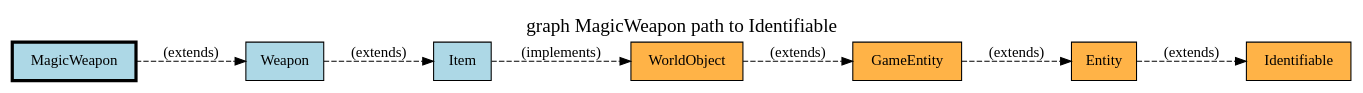
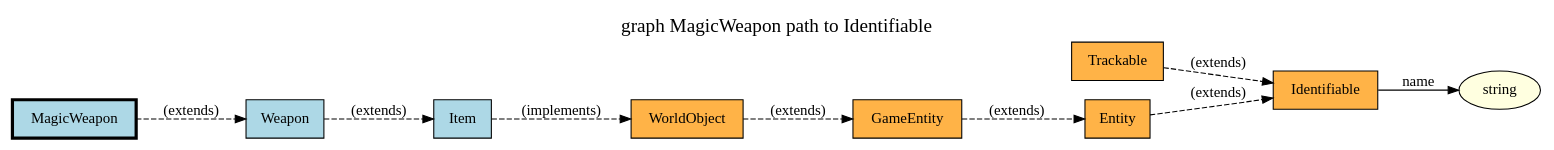
Before and after one commit to curious-machines/typed_tables: the diagram in scratch/graphs/examples/05-mw-to-identifiable.dot, drawn with Graphviz. The commit also changed 79 other files, not shown here.

First line of the commit message:
Fix graph implements edges and path-to target expansion

```diff
--- a/scratch/graphs/examples/05-mw-to-identifiable.dot
+++ b/scratch/graphs/examples/05-mw-to-identifiable.dot
@@ -1,22 +1,26 @@
 digraph types {
     rankdir=LR;
     node [style=filled];
     label="graph MagicWeapon path to Identifiable";
     labelloc=t;
     fontsize=18;
 
     "Entity" [shape=box, fillcolor="#FFB347"];
     "GameEntity" [shape=box, fillcolor="#FFB347"];
     "Identifiable" [shape=box, fillcolor="#FFB347"];
     "Item" [shape=box, fillcolor="#ADD8E6"];
     "MagicWeapon" [shape=box, fillcolor="#ADD8E6", penwidth=3];
+    "Trackable" [shape=box, fillcolor="#FFB347"];
     "Weapon" [shape=box, fillcolor="#ADD8E6"];
     "WorldObject" [shape=box, fillcolor="#FFB347"];
+    "string" [shape=ellipse, fillcolor="#FFFFE0"];
 
     "MagicWeapon" -> "Weapon" [label="(extends)", style=dashed];
     "Weapon" -> "Item" [label="(extends)", style=dashed];
     "Item" -> "WorldObject" [label="(implements)", style=dashed];
     "WorldObject" -> "GameEntity" [label="(extends)", style=dashed];
     "GameEntity" -> "Entity" [label="(extends)", style=dashed];
     "Entity" -> "Identifiable" [label="(extends)", style=dashed];
+    "Identifiable" -> "string" [label="name"];
+    "Trackable" -> "Identifiable" [label="(extends)", style=dashed];
 }
```
